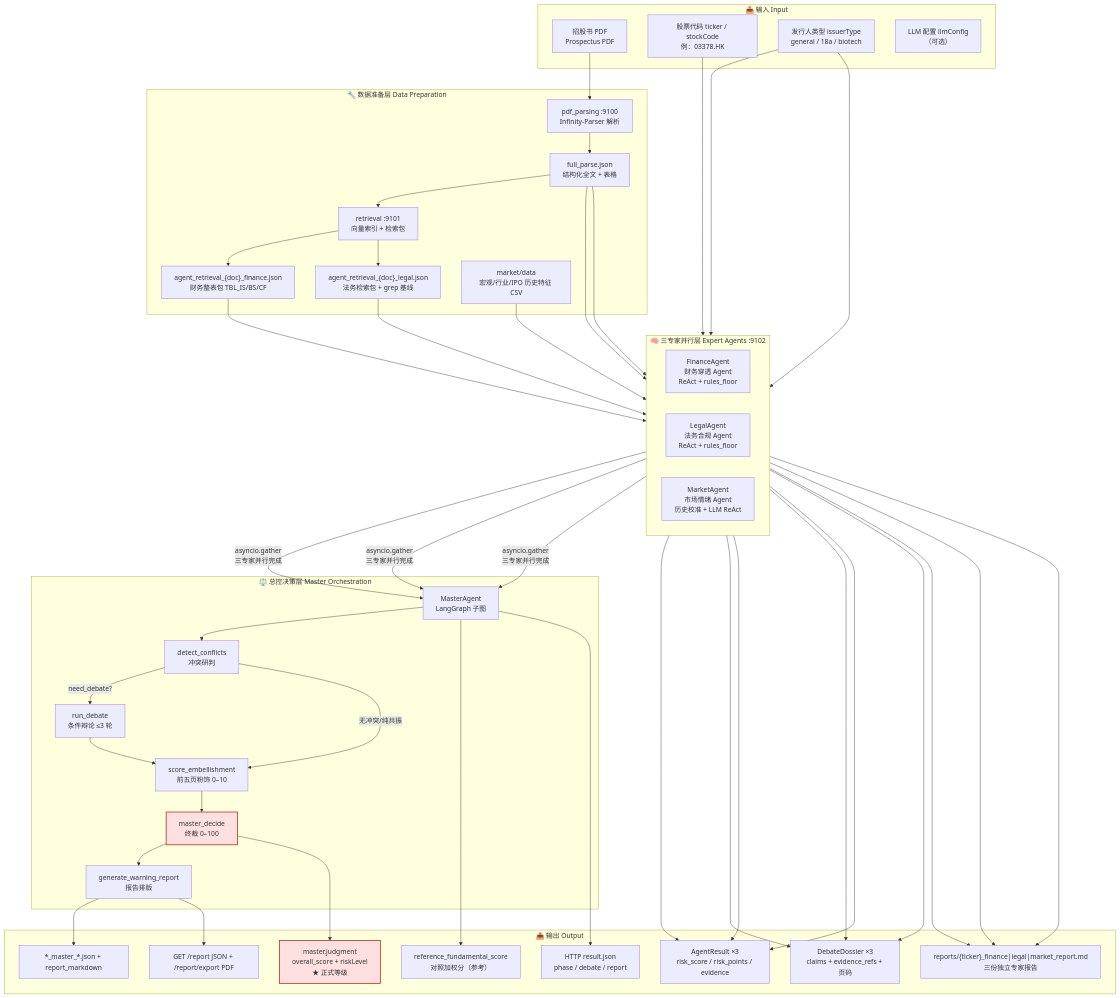
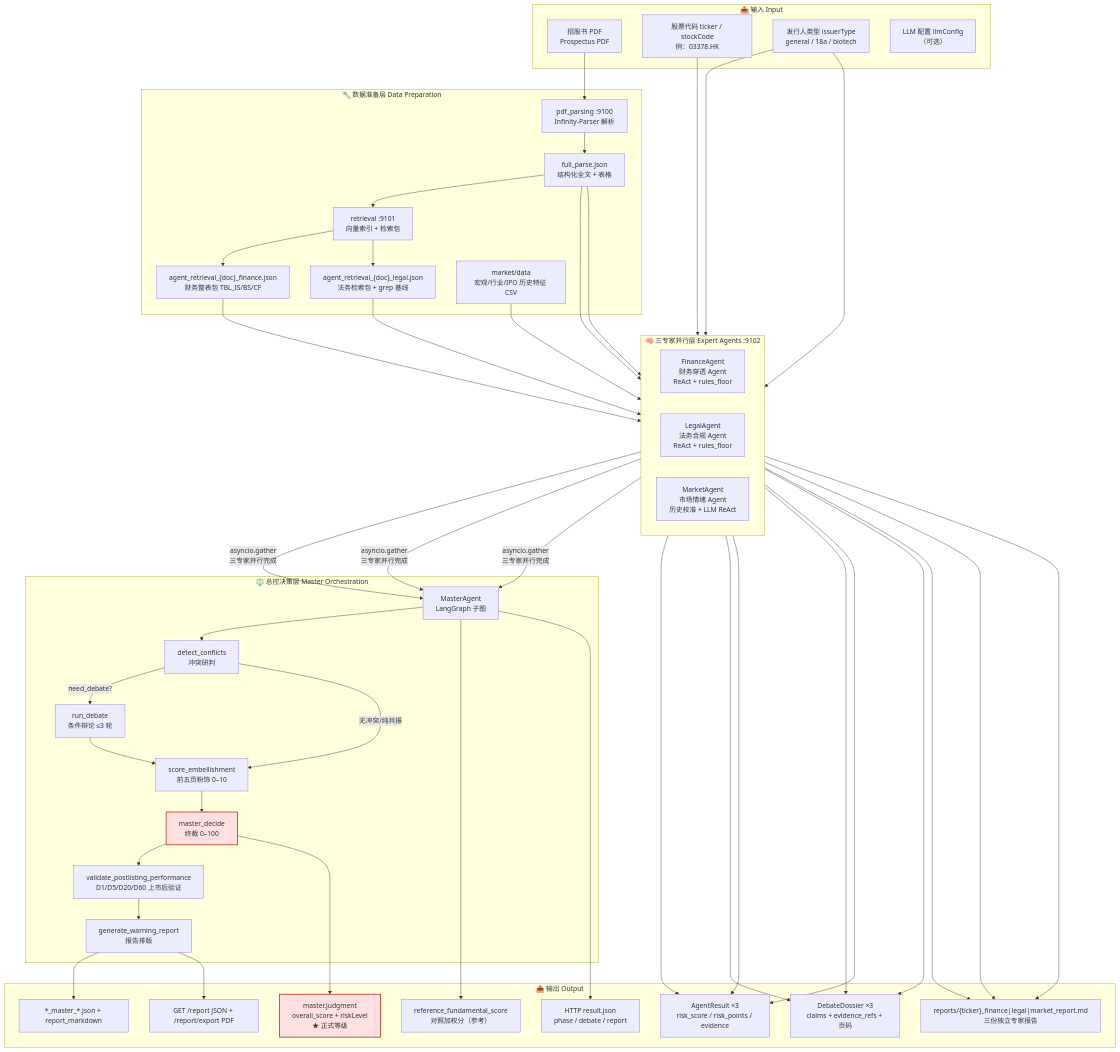
One commit to uianian/IPOI changed the first of 8 diagrams in agents/hk_ipo_risk/docs/multi_agent_architecture_diagrams.md. Above: the diagram before and after it, drawn with Mermaid. The commit also changed other lines of this file and 51 other files, not shown here.

````diff
--- a/agents/hk_ipo_risk/docs/multi_agent_architecture_diagrams.md
+++ b/agents/hk_ipo_risk/docs/multi_agent_architecture_diagrams.md
@@ -11,74 +11,75 @@
 ```mermaid
 flowchart TB
     subgraph INPUT["📥 输入 Input"]
         I1["招股书 PDF<br/>Prospectus PDF"]
         I2["股票代码 ticker / stockCode<br/>例：03378.HK"]
         I3["发行人类型 issuerType<br/>general / 18a / biotech"]
         I4["LLM 配置 llmConfig<br/>（可选）"]
     end
 
     subgraph PREP["🔧 数据准备层 Data Preparation"]
         P1["pdf_parsing :9100<br/>Infinity-Parser 解析"]
         P2["full_parse.json<br/>结构化全文 + 表格"]
         P3["retrieval :9101<br/>向量索引 + 检索包"]
         P4["agent_retrieval_{doc}_finance.json<br/>财务整表包 TBL_IS/BS/CF"]
         P5["agent_retrieval_{doc}_legal.json<br/>法务检索包 + grep 基线"]
         P6["market/data<br/>宏观/行业/IPO 历史特征 CSV"]
     end
 
     subgraph EXPERTS["🧠 三专家并行层 Expert Agents :9102"]
         direction LR
         E1["FinanceAgent<br/>财务穿透 Agent<br/>ReAct + rules_floor"]
         E2["LegalAgent<br/>法务合规 Agent<br/>ReAct + rules_floor"]
         E3["MarketAgent<br/>市场情绪 Agent<br/>历史校准 + LLM ReAct"]
     end
 
     subgraph MASTER["⚖️ 总控决策层 Master Orchestration"]
         M1["MasterAgent<br/>LangGraph 子图"]
         M2["detect_conflicts<br/>冲突研判"]
         M3["run_debate<br/>条件辩论 ≤3 轮"]
         M4["score_embellishment<br/>前五页粉饰 0–10"]
         M5["master_decide<br/>终裁 0–100"]
-        M6["generate_warning_report<br/>报告排版"]
+        M6["validate_postlisting_performance<br/>D1/D5/D20/D60 上市后验证"]
+        M7["generate_warning_report<br/>报告排版"]
     end
 
     subgraph OUTPUT["📤 输出 Output"]
         O1["AgentResult ×3<br/>risk_score / risk_points / evidence"]
         O2["DebateDossier ×3<br/>claims + evidence_refs + 页码"]
         O3["reference_fundamental_score<br/>对照加权分（参考）"]
         O4["master.judgment<br/>overall_score + riskLevel<br/>★ 正式等级"]
         O5["*_master_*.json + report_markdown"]
         O6["HTTP result.json<br/>phase / debate / report"]
         O7["reports/{ticker}_finance|legal|market_report.md<br/>三份独立专家报告"]
         O8["GET /report JSON + /report/export PDF"]
     end
 
     I1 --> P1 --> P2
     P2 --> P3
     P3 --> P4 & P5
     I2 --> E3
     I3 --> E1 & E2
     P2 --> E1 & E2
     P4 --> E1
     P5 --> E2
     P6 --> E3
 
     E1 & E2 & E3 -->|"asyncio.gather<br/>三专家并行完成"| M1
     M1 --> M2
     M2 -->|"need_debate?"| M3
     M2 -->|"无冲突/纯共振"| M4
-    M3 --> M4 --> M5 --> M6
+    M3 --> M4 --> M5 --> M6 --> M7
 
     E1 --> O1 & O2
     E2 --> O1 & O2
     E3 --> O1 & O2
     M1 --> O3
     M5 --> O4
-    M6 --> O5
+    M7 --> O5
     M1 --> O6
-    M6 --> O8
+    M7 --> O8
     E1 & E2 & E3 --> O7
 
     style O4 fill:#ffe0e0,stroke:#c0392b,stroke-width:2px
     style M5 fill:#ffe0e0,stroke:#c0392b,stroke-width:2px
 ```
````
